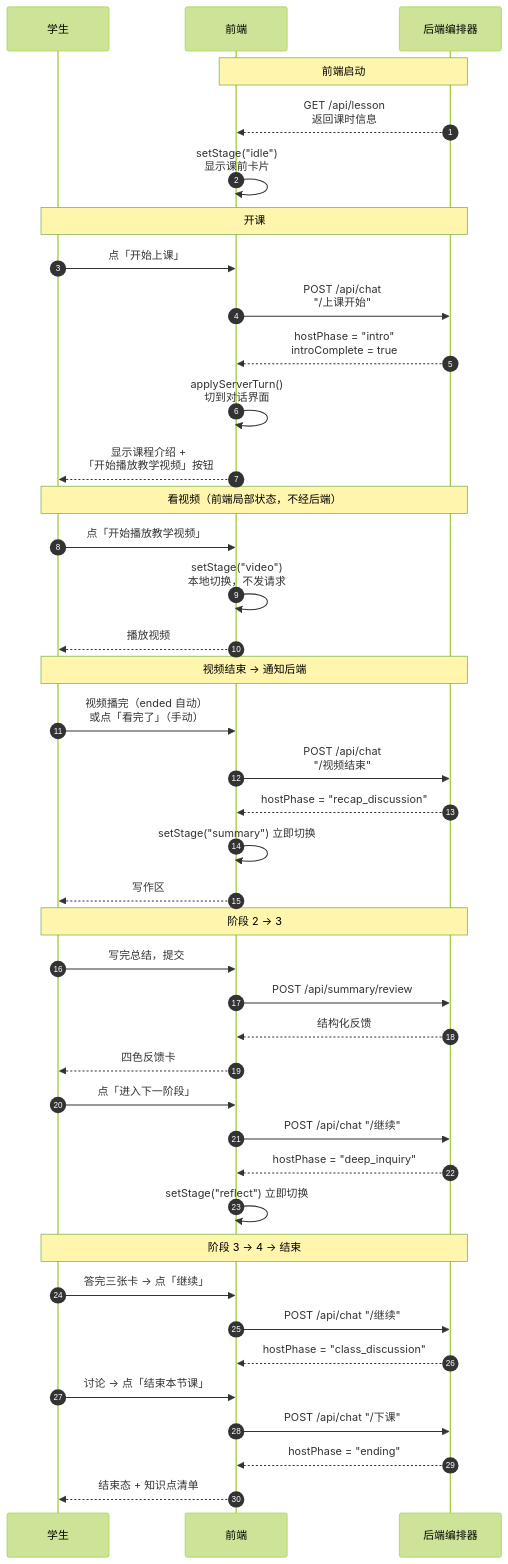
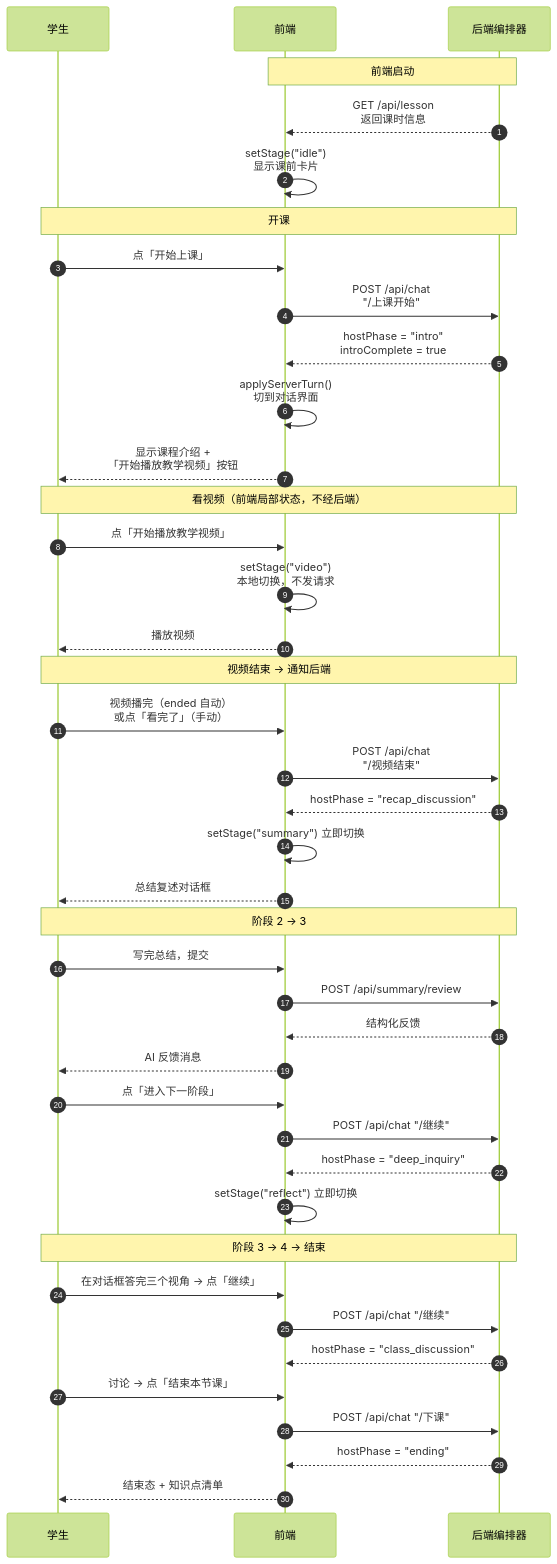
The second of 5 diagrams in docs/architecture/ARCHITECTURE.md (Awdyuer/SZU_Student_Agent), drawn with Mermaid (forest theme) before and after one commit. The commit also changed other lines of this file and 17 other files, not shown here.

````diff
--- a/docs/architecture/ARCHITECTURE.md
+++ b/docs/architecture/ARCHITECTURE.md
@@ -72,49 +72,49 @@
 ```mermaid
 sequenceDiagram
     autonumber
     participant S as 学生
     participant F as 前端
     participant B as 后端编排器
 
     Note over F,B: 前端启动
     B-->>F: GET /api/lesson<br/>返回课时信息
     F->>F: setStage("idle")<br/>显示课前卡片
 
     Note over S,B: 开课
     S->>F: 点「开始上课」
     F->>B: POST /api/chat<br/>"/上课开始"
     B-->>F: hostPhase = "intro"<br/>introComplete = true
     F->>F: applyServerTurn()<br/>切到对话界面
     F-->>S: 显示课程介绍 +<br/>「开始播放教学视频」按钮
 
     Note over S,B: 看视频（前端局部状态，不经后端）
     S->>F: 点「开始播放教学视频」
     F->>F: setStage("video")<br/>本地切换，不发请求
     F-->>S: 播放视频
 
     Note over S,B: 视频结束 → 通知后端
     S->>F: 视频播完（ended 自动）<br/>或点「看完了」（手动）
     F->>B: POST /api/chat<br/>"/视频结束"
     B-->>F: hostPhase = "recap_discussion"
     F->>F: setStage("summary") 立即切换
-    F-->>S: 写作区
+    F-->>S: 总结复述对话框
 
     Note over S,B: 阶段 2 → 3
     S->>F: 写完总结，提交
     F->>B: POST /api/summary/review
     B-->>F: 结构化反馈
-    F-->>S: 四色反馈卡
+    F-->>S: AI 反馈消息
     S->>F: 点「进入下一阶段」
     F->>B: POST /api/chat "/继续"
     B-->>F: hostPhase = "deep_inquiry"
     F->>F: setStage("reflect") 立即切换
 
     Note over S,B: 阶段 3 → 4 → 结束
-    S->>F: 答完三张卡 → 点「继续」
+    S->>F: 在对话框答完三个视角 → 点「继续」
     F->>B: POST /api/chat "/继续"
     B-->>F: hostPhase = "class_discussion"
     S->>F: 讨论 → 点「结束本节课」
     F->>B: POST /api/chat "/下课"
     B-->>F: hostPhase = "ending"
     F-->>S: 结束态 + 知识点清单
 ```
````
